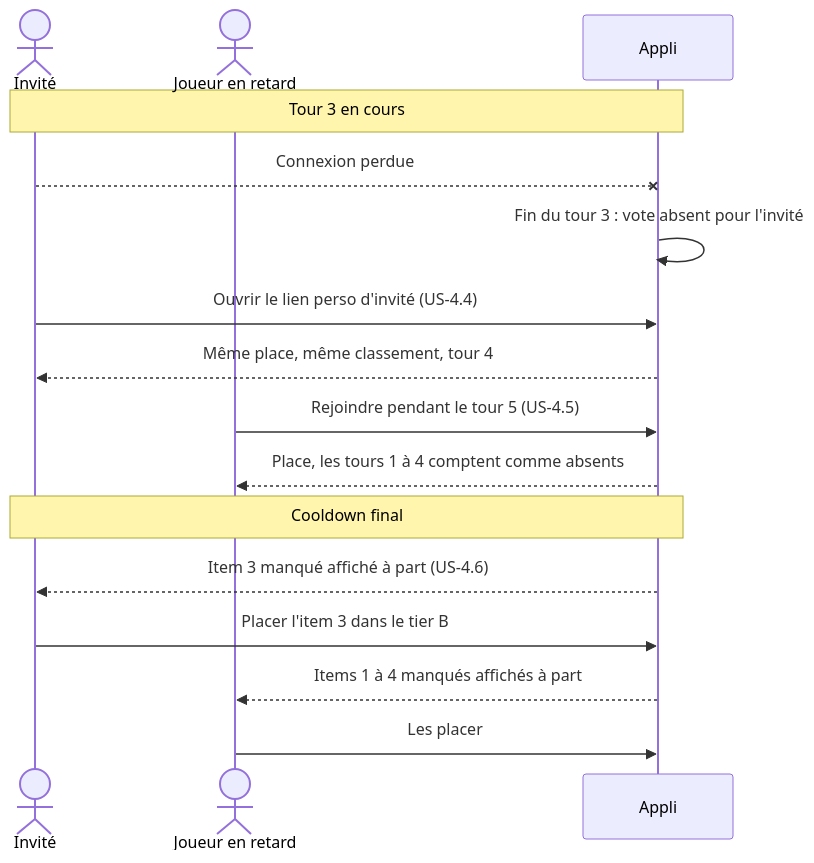
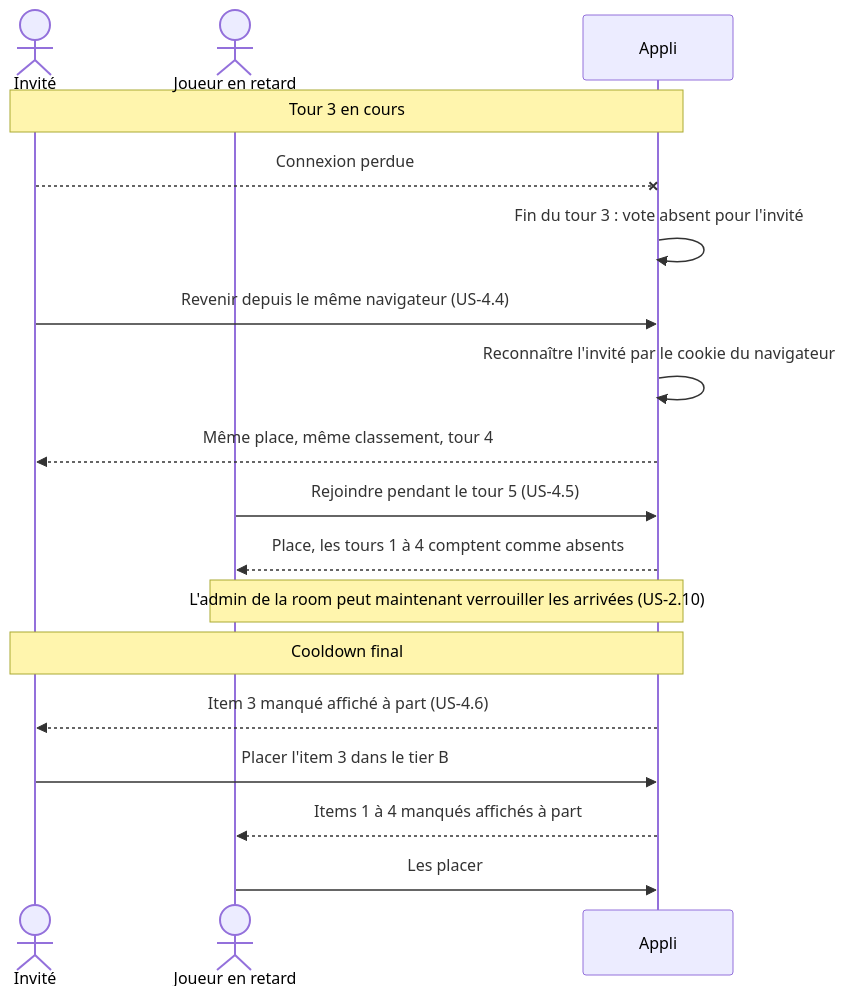
One commit to Bagra67/TierList changed the fourth of 5 diagrams in docs/product/milestone-1/game-flow.fr.md. Above: the diagram before and after it, drawn with Mermaid. The commit also changed other lines of this file and 19 other files, not shown here.

````diff
--- a/docs/product/milestone-1/game-flow.fr.md
+++ b/docs/product/milestone-1/game-flow.fr.md
@@ -78,18 +78,20 @@
 ```mermaid
 sequenceDiagram
     actor Invite as Invité
     actor Retard as Joueur en retard
     participant Appli
     Note over Invite,Appli: Tour 3 en cours
     Invite--xAppli: Connexion perdue
     Appli->>Appli: Fin du tour 3 : vote absent pour l'invité
-    Invite->>Appli: Ouvrir le lien perso d'invité (US-4.4)
+    Invite->>Appli: Revenir depuis le même navigateur (US-4.4)
+    Appli->>Appli: Reconnaître l'invité par le cookie du navigateur
     Appli-->>Invite: Même place, même classement, tour 4
     Retard->>Appli: Rejoindre pendant le tour 5 (US-4.5)
     Appli-->>Retard: Place, les tours 1 à 4 comptent comme absents
+    Note over Retard,Appli: L'admin de la room peut maintenant verrouiller les arrivées (US-2.10)
     Note over Invite,Appli: Cooldown final
     Appli-->>Invite: Item 3 manqué affiché à part (US-4.6)
     Invite->>Appli: Placer l'item 3 dans le tier B
     Appli-->>Retard: Items 1 à 4 manqués affichés à part
     Retard->>Appli: Les placer
 ```
````
